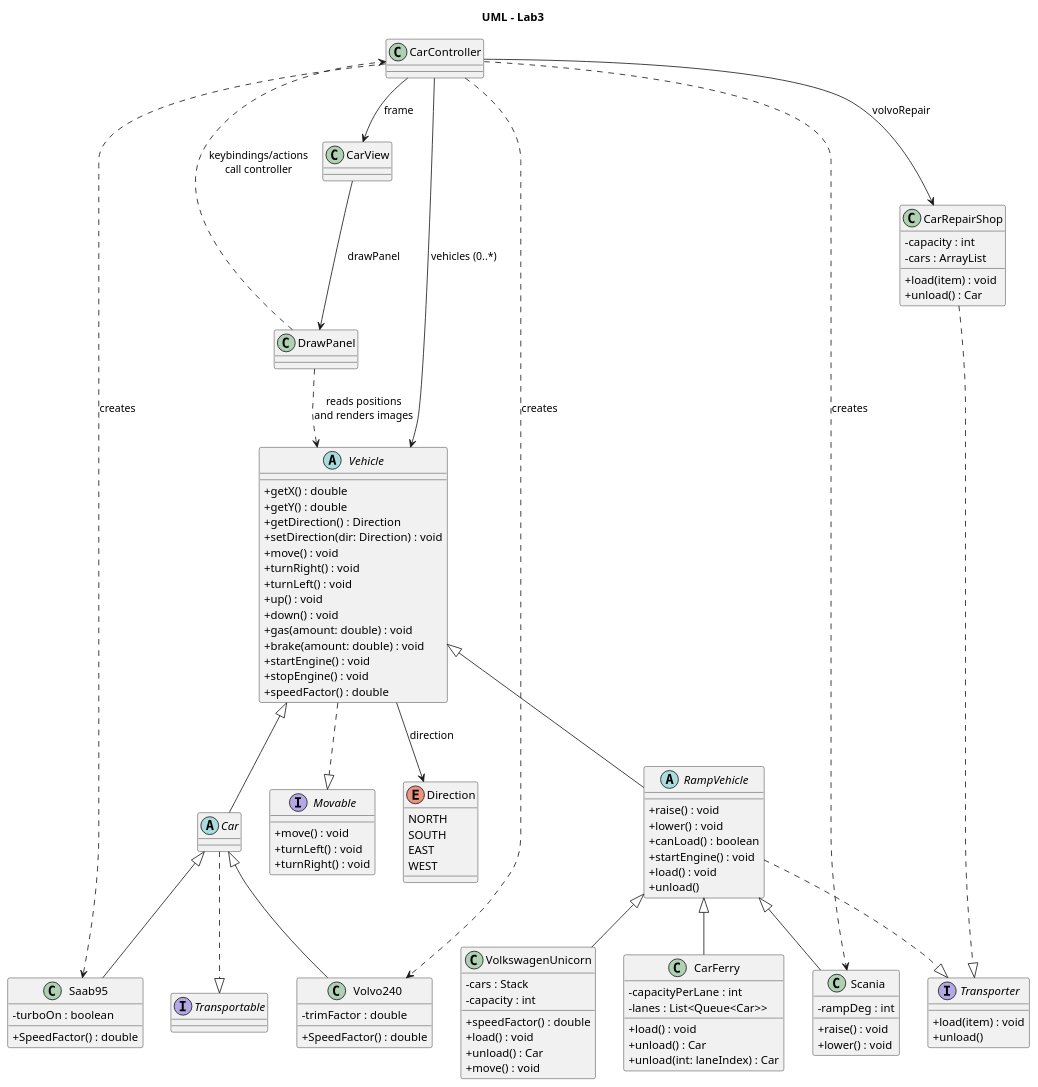
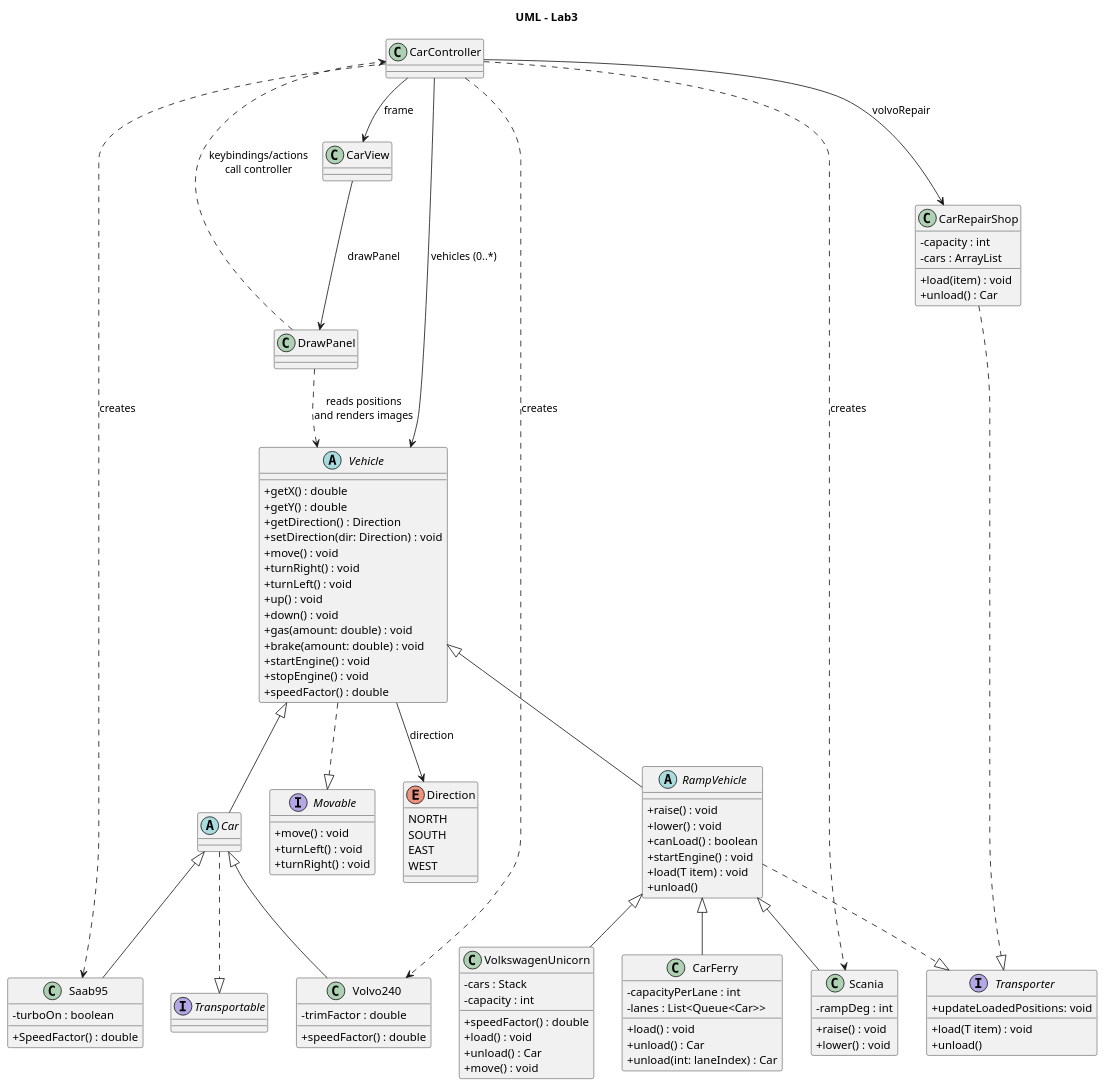
Before and after one commit to wat3rbottl/lab1: the diagram in src/UML.puml, drawn with PlantUML. The commit also changed 4 other files, not shown here.

Commit message:
UML files

```diff
--- a/src/UML.puml
+++ b/src/UML.puml
@@ -1,141 +1,142 @@
 @startuml
 skinparam classAttributeIconSize 0
 title UML - Lab3
 
 ' =========================
 ' Interfaces
 ' =========================
 interface Movable{
   + move() : void
   + turnLeft() : void
   + turnRight() : void
 }
 
 interface Transportable
 
 interface Transporter {
-  + load(item) : void
+  + load(T item) : void
   + unload()
+  + updateLoadedPositions: void
 }
 
 enum Direction {
   NORTH
   SOUTH
   EAST
   WEST
 }
 
 ' =========================
 ' Domain model
 ' =========================
 abstract class Vehicle {
   + getX() : double
   + getY() : double
   + getDirection() : Direction
   + setDirection(dir: Direction) : void
   + move() : void
   + turnRight() : void
   + turnLeft() : void
   + up() : void
   + down() : void
   + gas(amount: double) : void
   + brake(amount: double) : void
   + startEngine() : void
   + stopEngine() : void
   + speedFactor() : double
 }
 
 abstract class Car
 abstract class RampVehicle{
   + raise() : void
   + lower() : void
   + canLoad() : boolean
   + startEngine() : void
-  + load() : void
+  + load(T item) : void
   + unload()
 }
 
 class Volvo240{
   - trimFactor : double
-  + SpeedFactor() : double
+  + speedFactor() : double
 }
 
 class Saab95{
    - turboOn : boolean
    + SpeedFactor() : double
 }
 
 class Scania{
   - rampDeg : int
   + raise() : void
   + lower() : void
 }
 
 class CarFerry {
   - capacityPerLane : int
   - lanes : List<Queue<Car>>
   + load() : void
   + unload() : Car
   + unload(int: laneIndex) : Car
 }
 
 class VolkswagenUnicorn{
   - cars : Stack
   - capacity : int
   + speedFactor() : double
   + load() : void
   + unload() : Car
   + move() : void
 }
 
 class CarRepairShop {
   - capacity : int
   - cars : ArrayList
   + load(item) : void
   + unload() : Car
 }
 
 ' =========================
 ' GUI (Lab2)
 ' =========================
 class CarController
 class CarView
 class DrawPanel
 
 ' =========================
 ' Relationships
 ' =========================
 
 ' Realization
 Vehicle ..|> Movable
 Car ..|> Transportable
 RampVehicle ..|> Transporter
 CarRepairShop ..|> Transporter
 
 ' Inheritance
 Vehicle <|-- Car
 Vehicle <|-- RampVehicle
 
 Car <|-- Volvo240
 Car <|-- Saab95
 
 RampVehicle <|-- Scania
 RampVehicle <|-- CarFerry
 RampVehicle <|-- VolkswagenUnicorn
 
 ' Vehicle owns/uses Direction
 Vehicle --> Direction : direction
 
 ' Associations (fields)
 CarController --> CarView : frame
 CarView --> DrawPanel : drawPanel
 CarController --> Vehicle : vehicles (0..*)
 CarController --> CarRepairShop : volvoRepair
 
 ' Usage dependencies
 DrawPanel ..> Vehicle : reads positions\nand renders images
 DrawPanel ..> CarController : keybindings/actions\ncall controller
 CarController ..> Volvo240 : creates
 CarController ..> Saab95 : creates
 CarController ..> Scania : creates
 @enduml
```
